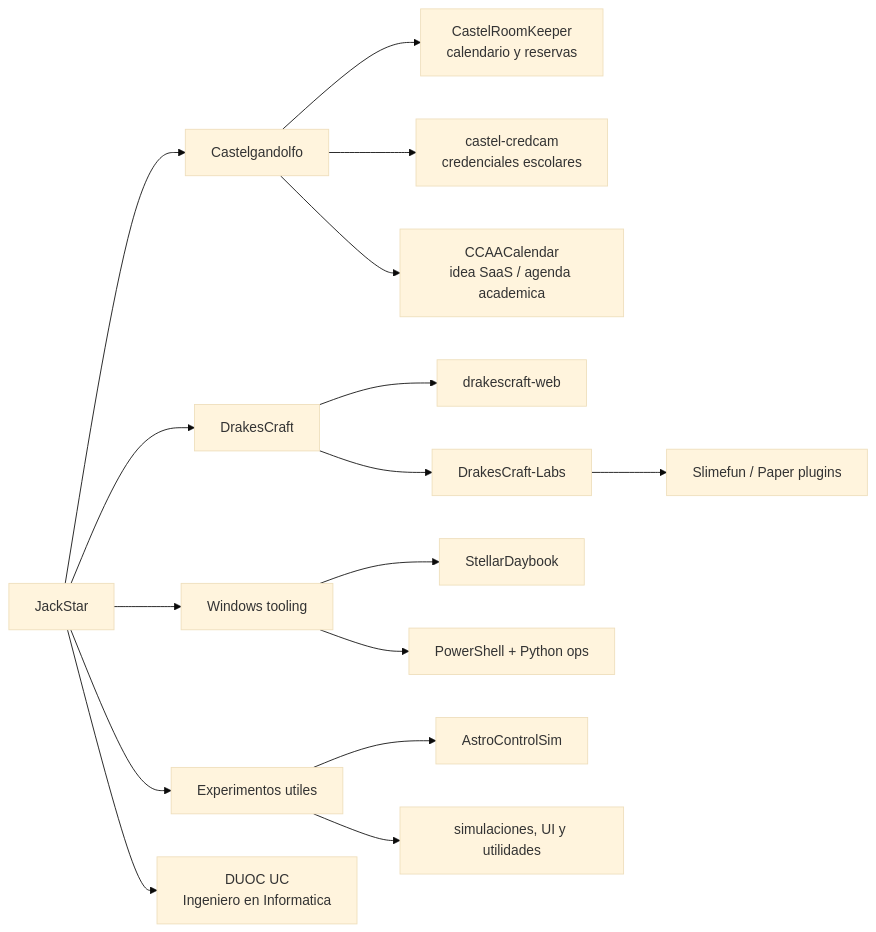
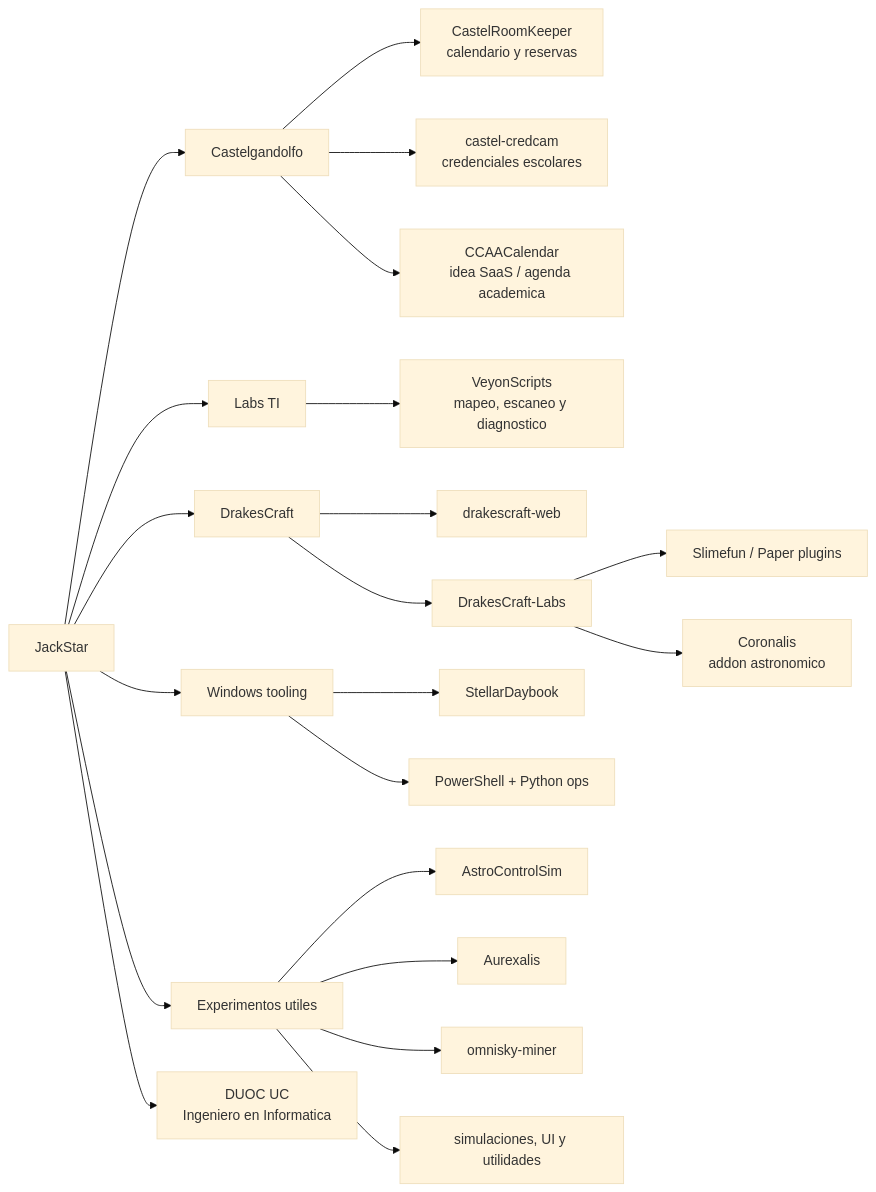
The first of 2 diagrams in README.md (JackStar6677-1/JackStar6677-1), drawn with Mermaid (base theme) before and after one commit. The commit also changed other lines of this file and 1 other file, not shown here.

````diff
--- a/README.md
+++ b/README.md
@@ -38,22 +38,28 @@
 ```mermaid
 flowchart LR
   Jack["JackStar"] --> Castel["Castelgandolfo"]
   Jack --> Drakes["DrakesCraft"]
+  Jack --> LabsTI["Labs TI"]
   Jack --> Local["Windows tooling"]
   Jack --> Labs["Experimentos utiles"]
   Jack --> Base["DUOC UC<br/>Ingeniero en Informatica"]
 
   Castel --> CRK["CastelRoomKeeper<br/>calendario y reservas"]
   Castel --> CredCam["castel-credcam<br/>credenciales escolares"]
   Castel --> CCAA["CCAACalendar<br/>idea SaaS / agenda academica"]
 
+  LabsTI --> Veyon["VeyonScripts<br/>mapeo, escaneo y diagnostico"]
+
   Drakes --> Web["drakescraft-web"]
   Drakes --> Org["DrakesCraft-Labs"]
   Org --> Plugins["Slimefun / Paper plugins"]
+  Org --> Coronalis["Coronalis<br/>addon astronomico"]
 
   Local --> Daybook["StellarDaybook"]
   Local --> Scripts["PowerShell + Python ops"]
 
   Labs --> Astro["AstroControlSim"]
+  Labs --> Aurexalis["Aurexalis"]
+  Labs --> Omni["omnisky-miner"]
   Labs --> Tools["simulaciones, UI y utilidades"]
 ```
````
